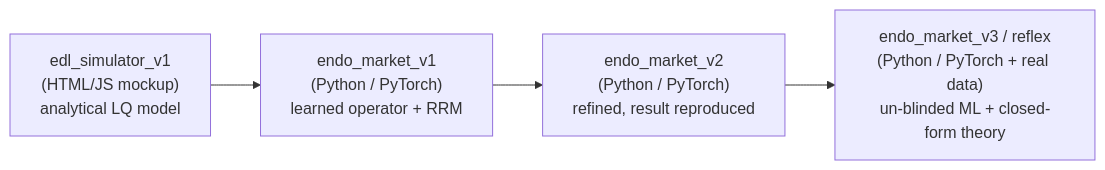
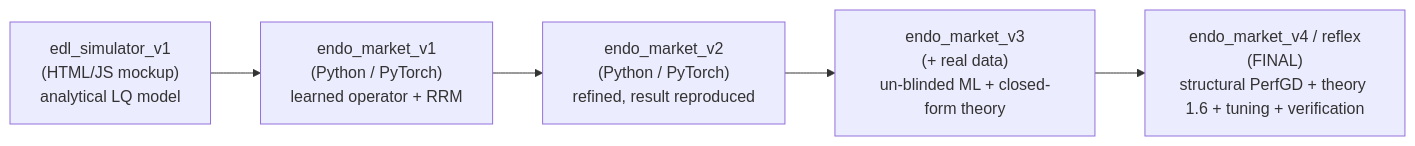
One commit to vignesh-nagarajan-vn/REFLEX changed the diagram in README.md. Above: the diagram before and after it, drawn with Mermaid. The commit also changed other lines of this file and 61 other files, not shown here.

````diff
--- a/README.md
+++ b/README.md
@@ -77,7 +84,8 @@
 ```mermaid
 flowchart LR
     A["edl_simulator_v1<br/>(HTML/JS mockup)<br/>analytical LQ model"]
       --> B["endo_market_v1<br/>(Python / PyTorch)<br/>learned operator + RRM"]
       --> C["endo_market_v2<br/>(Python / PyTorch)<br/>refined, result reproduced"]
-      --> D["endo_market_v3 / reflex<br/>(Python / PyTorch + real data)<br/>un-blinded ML + closed-form theory"]
+      --> D["endo_market_v3<br/>(+ real data)<br/>un-blinded ML + closed-form theory"]
+      --> E["endo_market_v4 / reflex<br/>(FINAL)<br/>structural PerfGD + theory 1.6 + tuning + verification"]
 ```
````
